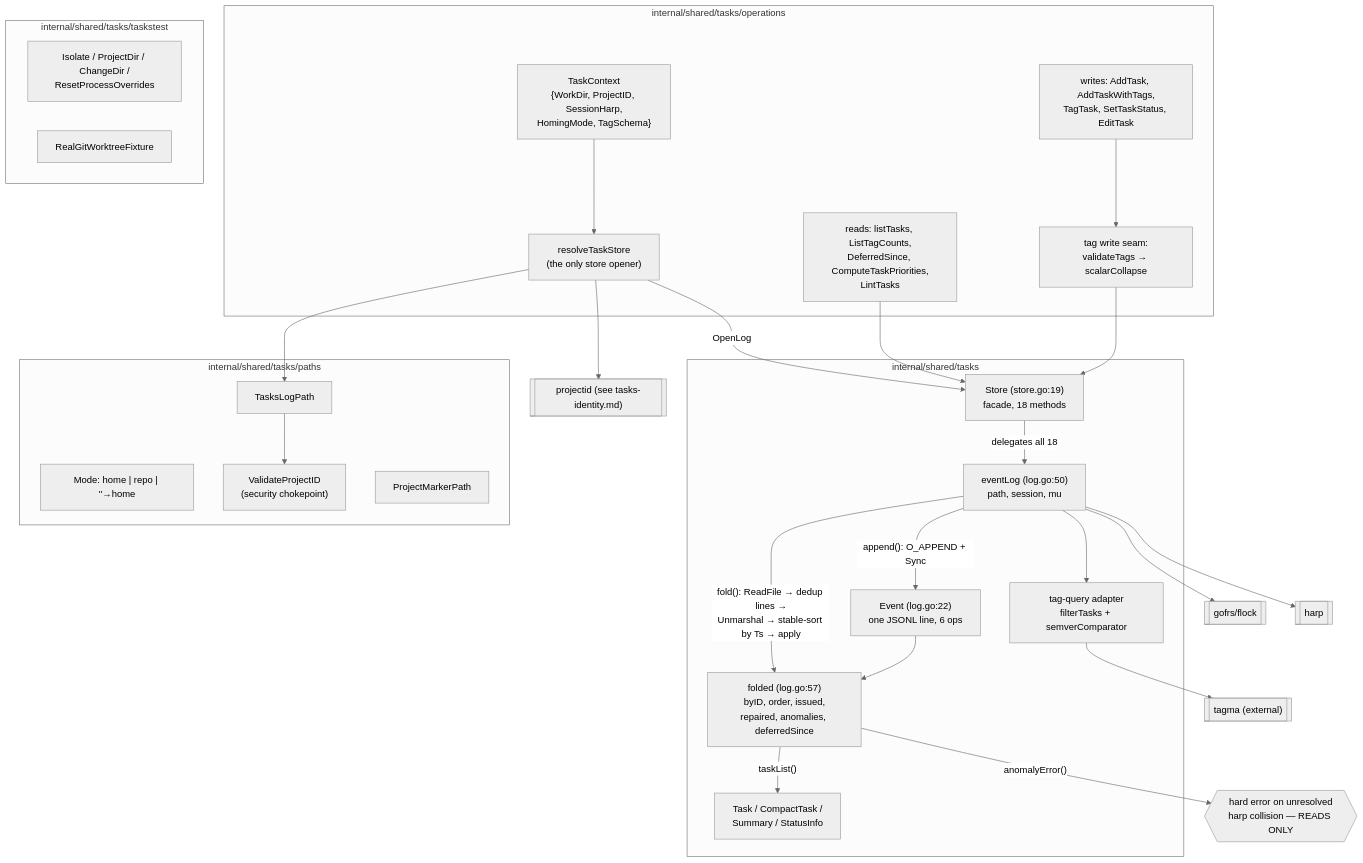
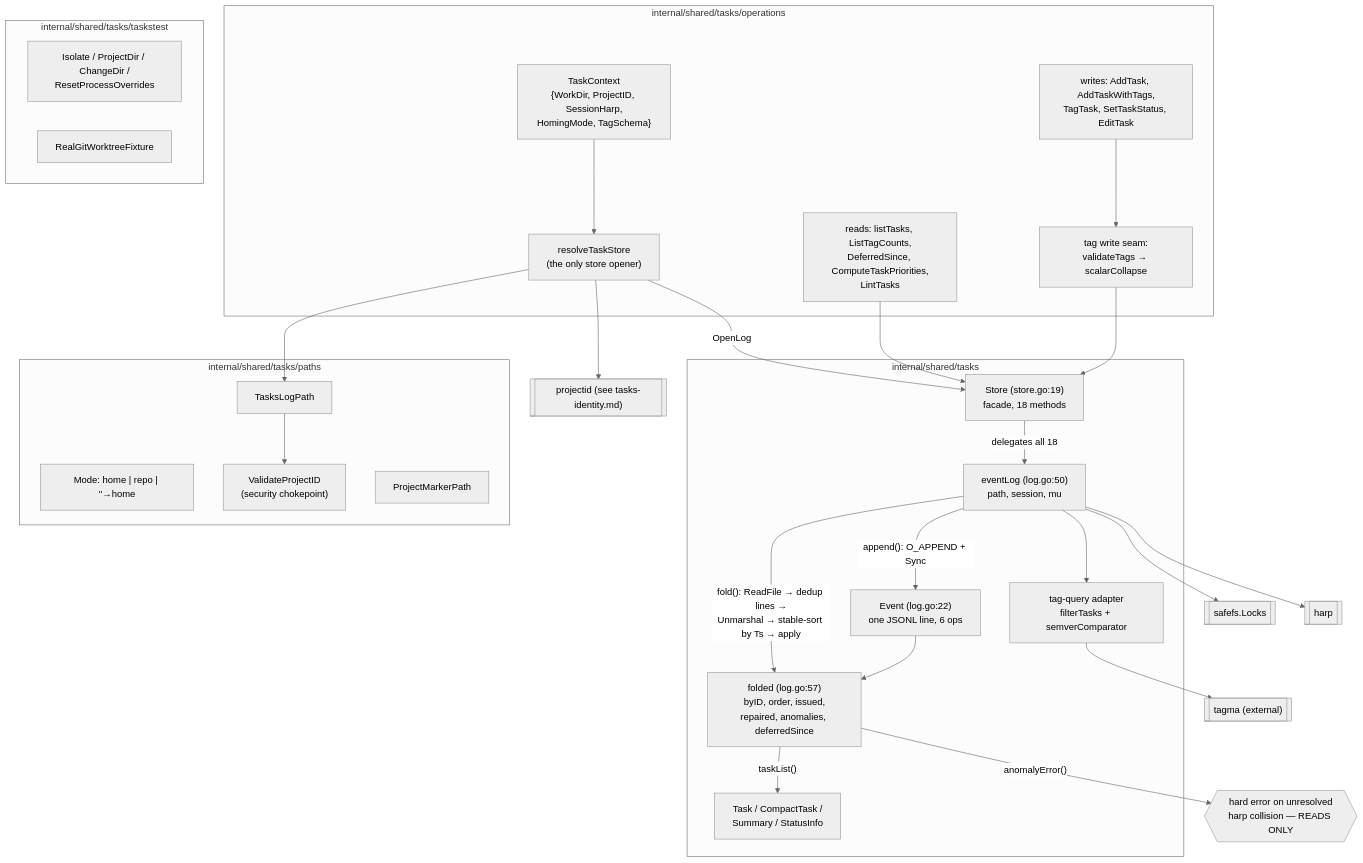
The diagram in docs/architecture/shared/tasks-store.md (ctxloom/ctxloom), drawn with Mermaid (neutral theme) before and after one commit. The commit also changed 17 other files, not shown here.

````diff
--- a/docs/architecture/shared/tasks-store.md
+++ b/docs/architecture/shared/tasks-store.md
@@ -7,49 +7,49 @@
 ```mermaid
 flowchart TD
     subgraph ops["internal/shared/tasks/operations"]
         TC["TaskContext<br/>{WorkDir, ProjectID, SessionHarp,<br/>HomingMode, TagSchema}"]
         RTS["resolveTaskStore<br/>(the only store opener)"]
         READS["reads: listTasks, ListTagCounts,<br/>DeferredSince, ComputeTaskPriorities,<br/>LintTasks"]
         WRITES["writes: AddTask, AddTaskWithTags,<br/>TagTask, SetTaskStatus, EditTask"]
         SEAM["tag write seam:<br/>validateTags → scalarCollapse"]
     end
 
     subgraph store["internal/shared/tasks"]
         Store["Store (store.go:19)<br/>facade, 18 methods"]
         eventLog["eventLog (log.go:50)<br/>path, session, mu"]
         Event["Event (log.go:22)<br/>one JSONL line, 6 ops"]
         folded["folded (log.go:57)<br/>byID, order, issued,<br/>repaired, anomalies, deferredSince"]
         Task["Task / CompactTask /<br/>Summary / StatusInfo"]
         QA["tag-query adapter<br/>filterTasks + semverComparator"]
     end
 
     subgraph pathspkg["internal/shared/tasks/paths"]
         Mode["Mode: home | repo | ''→home"]
         TLP["TasksLogPath"]
         VPI["ValidateProjectID<br/>(security chokepoint)"]
         PMP["ProjectMarkerPath"]
     end
 
     TC --> RTS
     RTS --> TLP
     TLP --> VPI
     RTS -->|"OpenLog"| Store
     READS --> Store
     WRITES --> SEAM --> Store
     Store -->|"delegates all 18"| eventLog
     eventLog -->|"fold(): ReadFile → dedup lines →<br/>Unmarshal → stable-sort by Ts → apply"| folded
     eventLog -->|"append(): O_APPEND + Sync"| Event
     Event --> folded
     folded -->|"taskList()"| Task
     folded -->|"anomalyError()"| ERR{{"hard error on unresolved<br/>harp collision — READS ONLY"}}
     eventLog --> QA
     QA --> tagma[["tagma (external)"]]
-    eventLog --> flocklib[["gofrs/flock"]]
+    eventLog --> locks[["safefs.Locks"]]
     eventLog --> harp[["harp"]]
     RTS --> projectid[["projectid (see tasks-identity.md)"]]
 
     subgraph tt["internal/shared/tasks/taskstest"]
         ISO["Isolate / ProjectDir / ChangeDir /<br/>ResetProcessOverrides"]
         RGF["RealGitWorktreeFixture"]
     end
 ```
````
